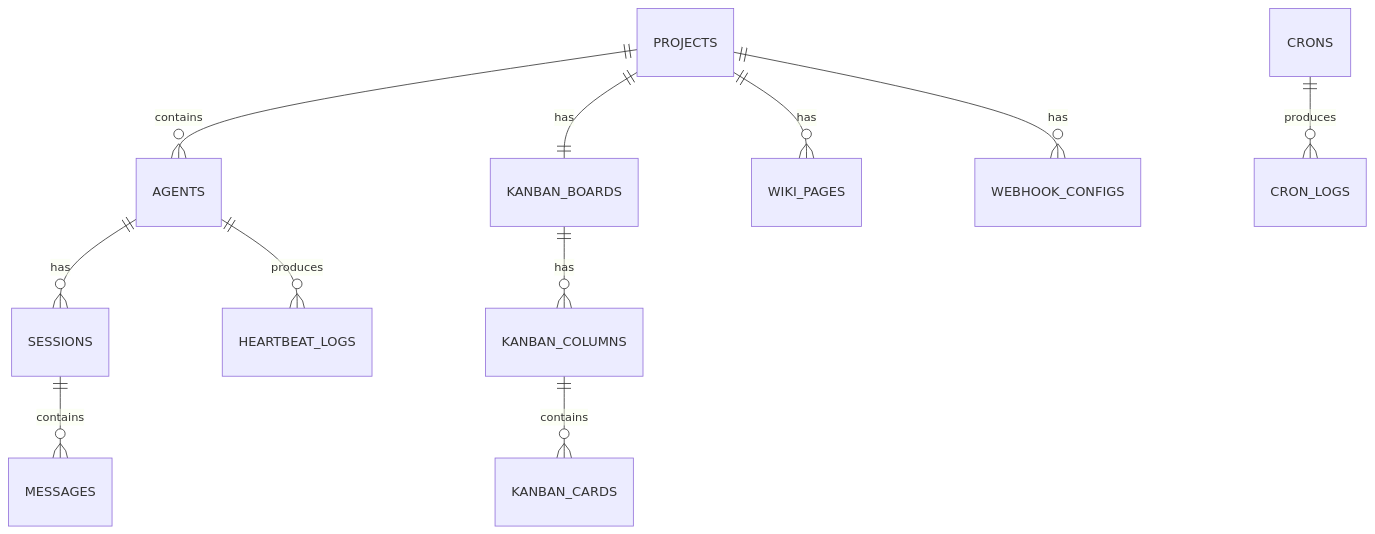
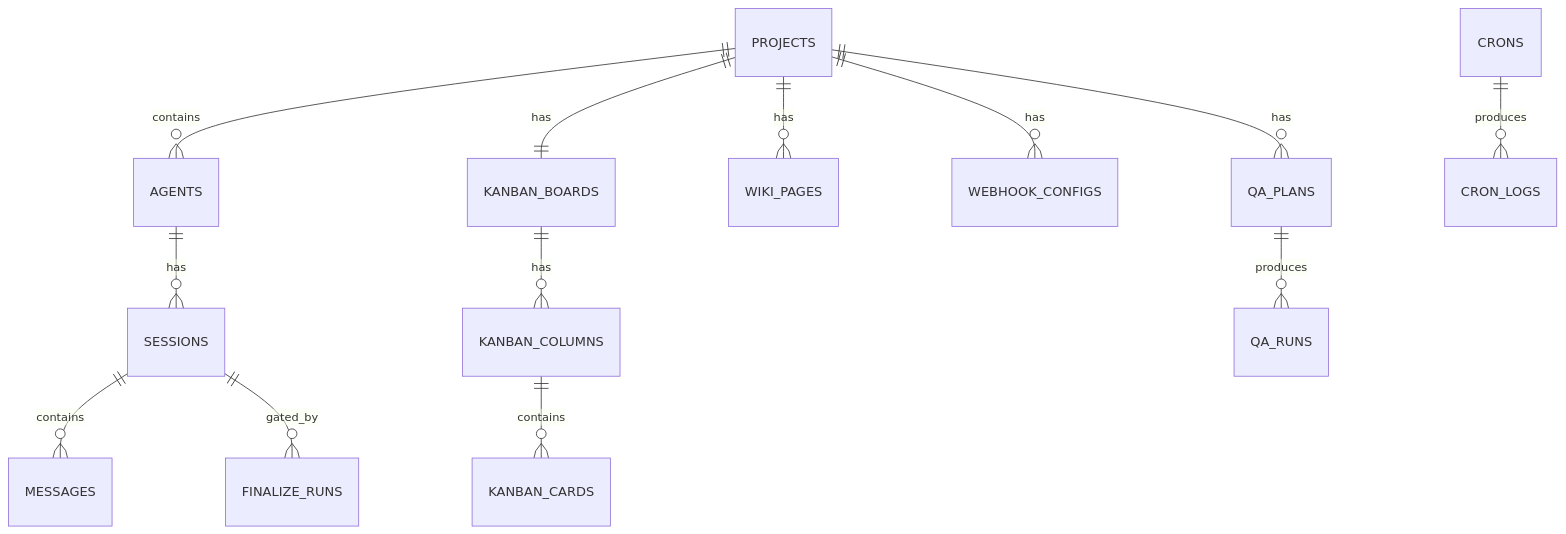
The second of 2 diagrams in README.md (Speakman-ai/agent-hub), drawn with Mermaid before and after one commit. The commit also changed other lines of this file, not shown here.

````diff
--- a/README.md
+++ b/README.md
@@ -461,13 +558,15 @@
 ```mermaid
 erDiagram
     PROJECTS ||--o{ AGENTS : contains
     AGENTS ||--o{ SESSIONS : has
     SESSIONS ||--o{ MESSAGES : contains
     PROJECTS ||--|| KANBAN_BOARDS : has
     KANBAN_BOARDS ||--o{ KANBAN_COLUMNS : has
     KANBAN_COLUMNS ||--o{ KANBAN_CARDS : contains
     PROJECTS ||--o{ WIKI_PAGES : has
     PROJECTS ||--o{ WEBHOOK_CONFIGS : has
-    AGENTS ||--o{ HEARTBEAT_LOGS : produces
+    PROJECTS ||--o{ QA_PLANS : has
+    QA_PLANS ||--o{ QA_RUNS : produces
+    SESSIONS ||--o{ FINALIZE_RUNS : gated_by
     CRONS ||--o{ CRON_LOGS : produces
 ```
````
